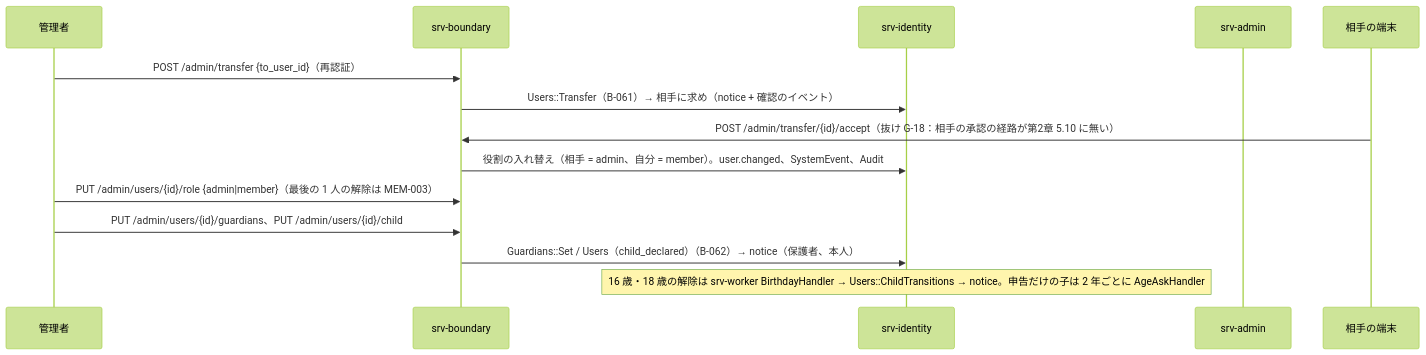
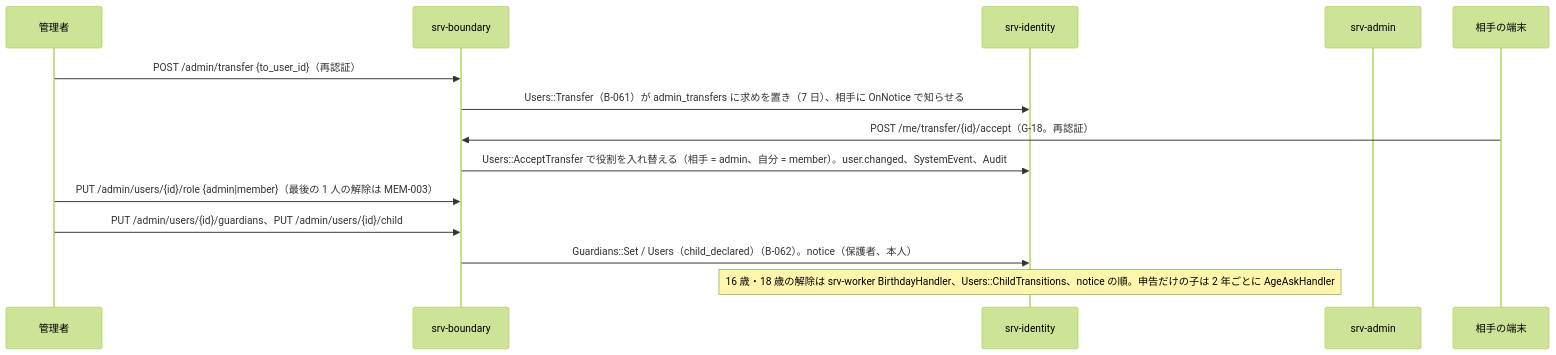
The fifth of 6 diagrams in dev/docs/jp/シーケンス/10_構成の変化.md (nrsd-ishikawasou/family-talk-pwa), drawn with Mermaid (forest theme) before and after one commit. The commit also changed other lines of this file and 290 other files, not shown here.

````diff
--- a/dev/docs/jp/シーケンス/10_構成の変化.md
+++ b/dev/docs/jp/シーケンス/10_構成の変化.md
@@ -138,16 +150,16 @@
 ```mermaid
 sequenceDiagram
   participant A as 管理者
   participant BD as srv-boundary
   participant ID as srv-identity
   participant AD as srv-admin
   participant T as 相手の端末
   A->>BD: POST /admin/transfer {to_user_id}（再認証）
-  BD->>ID: Users::Transfer（B-061）→ 相手に求め（notice + 確認のイベント）
-  T->>BD: POST /admin/transfer/{id}/accept（抜け G-18：相手の承認の経路が第2章 5.10 に無い）
-  BD->>ID: 役割の入れ替え（相手 = admin、自分 = member）。user.changed、SystemEvent、Audit
+  BD->>ID: Users::Transfer（B-061）が admin_transfers に求めを置き（7 日）、相手に OnNotice で知らせる
+  T->>BD: POST /me/transfer/{id}/accept（G-18。再認証）
+  BD->>ID: Users::AcceptTransfer で役割を入れ替える（相手 = admin、自分 = member）。user.changed、SystemEvent、Audit
   A->>BD: PUT /admin/users/{id}/role {admin|member}（最後の 1 人の解除は MEM-003）
   A->>BD: PUT /admin/users/{id}/guardians、PUT /admin/users/{id}/child
-  BD->>ID: Guardians::Set / Users（child_declared）（B-062）→ notice（保護者、本人）
-  Note over ID: 16 歳・18 歳の解除は srv-worker BirthdayHandler → Users::ChildTransitions → notice。申告だけの子は 2 年ごとに AgeAskHandler
+  BD->>ID: Guardians::Set / Users（child_declared）（B-062）。notice（保護者、本人）
+  Note over ID: 16 歳・18 歳の解除は srv-worker BirthdayHandler、Users::ChildTransitions、notice の順。申告だけの子は 2 年ごとに AgeAskHandler
 ```
````
